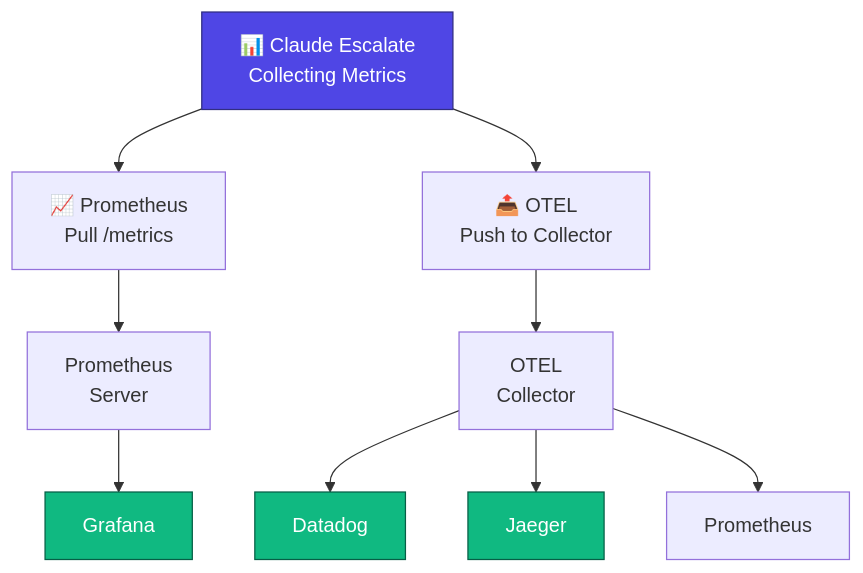
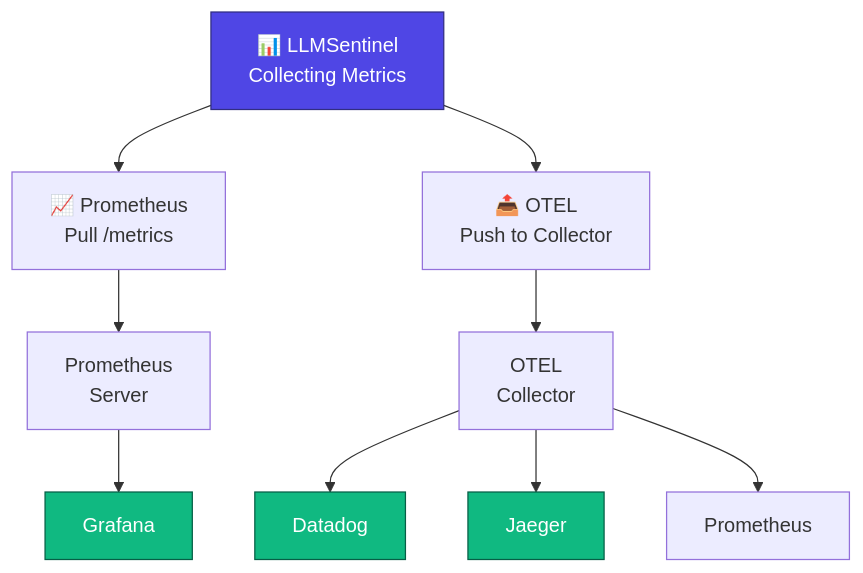
One commit to szibis/LLMSentinel changed the diagram in docs/METRICS.md. Above: the diagram before and after it, drawn with Mermaid. The commit also changed other lines of this file and 55 other files, not shown here.

First line of the commit message:
refactor: Complete rebranding from Claude Escalate to LLMSentinel

````diff
--- a/docs/METRICS.md
+++ b/docs/METRICS.md
@@ -11,18 +11,18 @@
 ```mermaid
 graph TD
-    A["📊 Claude Escalate<br/>Collecting Metrics"] --> B["📈 Prometheus<br/>Pull /metrics"]
+    A["📊 LLMSentinel<br/>Collecting Metrics"] --> B["📈 Prometheus<br/>Pull /metrics"]
     A --> C["📤 OTEL<br/>Push to Collector"]
     
     B --> B1["Prometheus<br/>Server"]
     B1 --> B2["Grafana"]
     
     C --> C1["OTEL<br/>Collector"]
     C1 --> C2["Datadog"]
     C1 --> C3["Jaeger"]
     C1 --> C4["Prometheus"]
     
     style A fill:#4F46E5,stroke:#312E81,color:#fff
     style B2 fill:#10B981,stroke:#065F46,color:#fff
     style C2 fill:#10B981,stroke:#065F46,color:#fff
     style C3 fill:#10B981,stroke:#065F46,color:#fff
 ```
````
